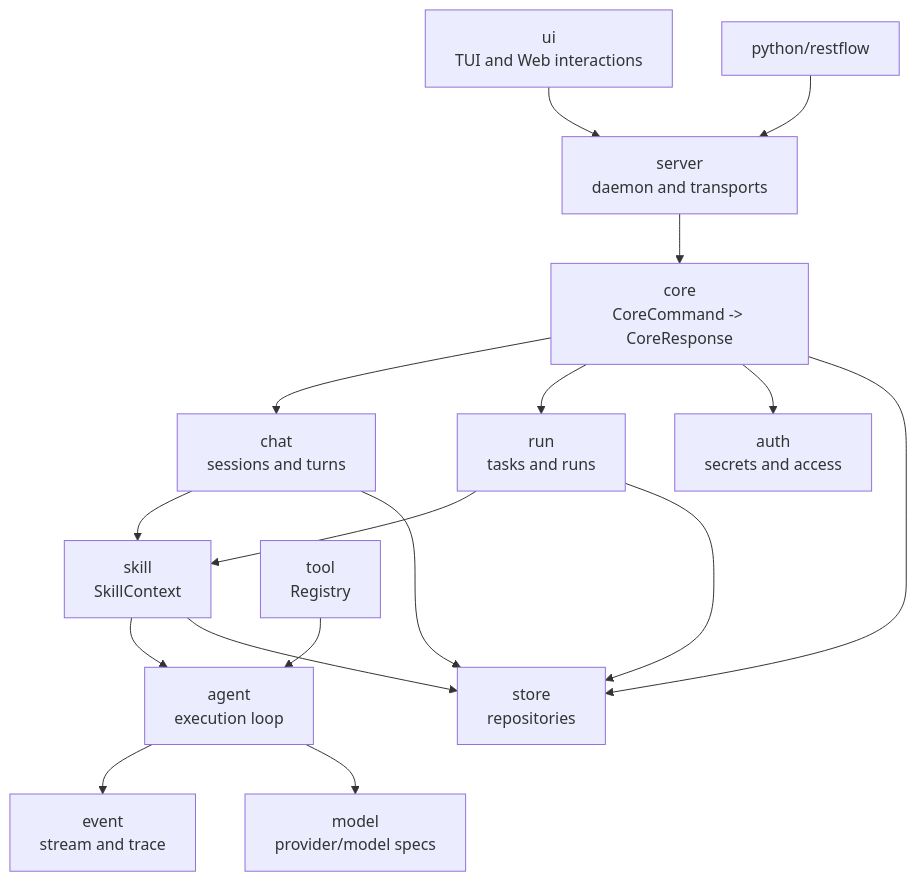
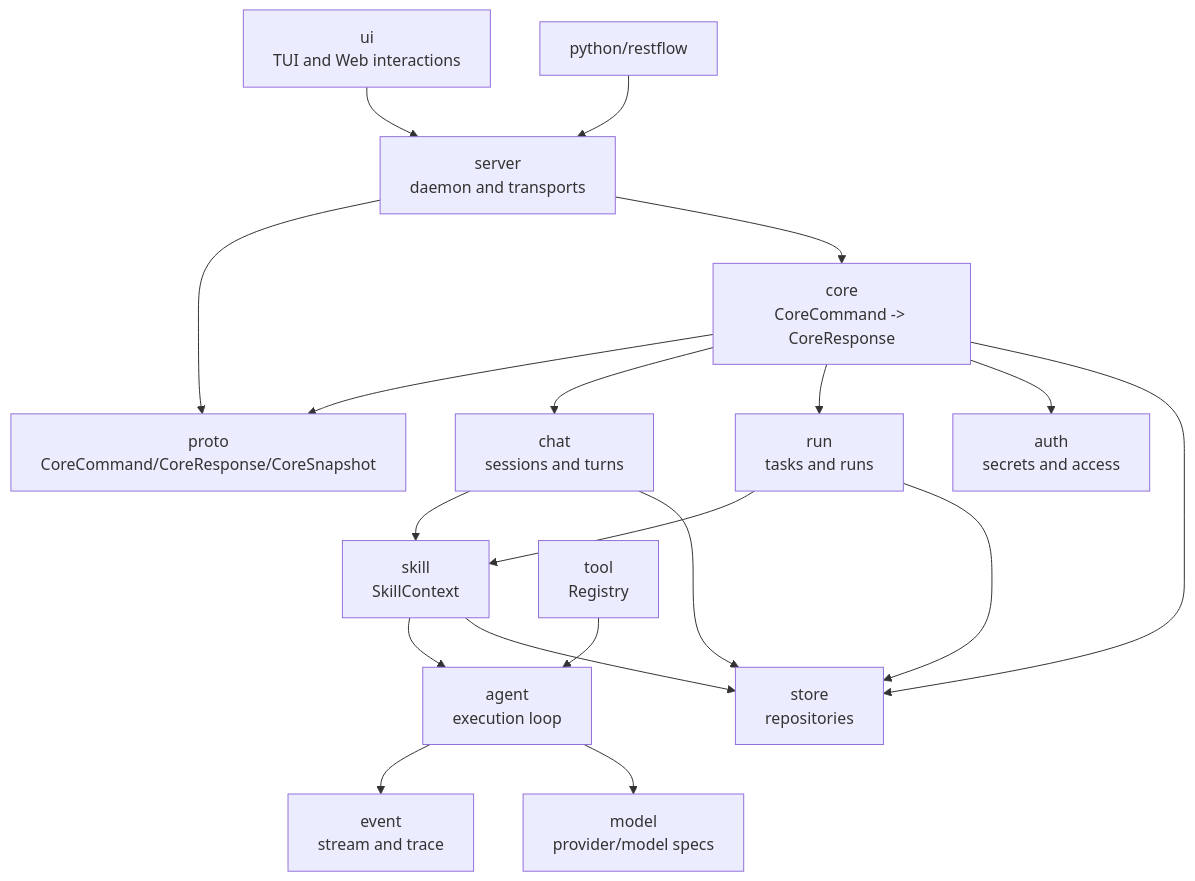
One commit to lhwzds/restflow changed the diagram in v2/ARCHITECTURE.md. Above: the diagram before and after it, drawn with Mermaid. The commit also changed other lines of this file and 8 other files, not shown here.

````diff
--- a/v2/ARCHITECTURE.md
+++ b/v2/ARCHITECTURE.md
@@ -18,22 +18,24 @@
 ```mermaid
 flowchart TD
     UI["ui\nTUI and Web interactions"] --> Server["server\ndaemon and transports"]
+    Server --> Proto["proto\nCoreCommand/CoreResponse/CoreSnapshot"]
     Server --> Core["core\nCoreCommand -> CoreResponse"]
+    Core --> Proto
     Core --> Chat["chat\nsessions and turns"]
     Core --> Run["run\ntasks and runs"]
 
     Chat --> Skill["skill\nSkillContext"]
     Run --> Skill
     Skill --> Agent
     Skill --> Store
     Tool["tool\nRegistry"] --> Agent
     Agent["agent\nexecution loop"]
     Agent --> Event["event\nstream and trace"]
     Agent --> Model["model\nprovider/model specs"]
     Core --> Auth["auth\nsecrets and access"]
     Core --> Store["store\nrepositories"]
     Chat --> Store
     Run --> Store
 
     Python["python/restflow"] --> Server
 ```
````
